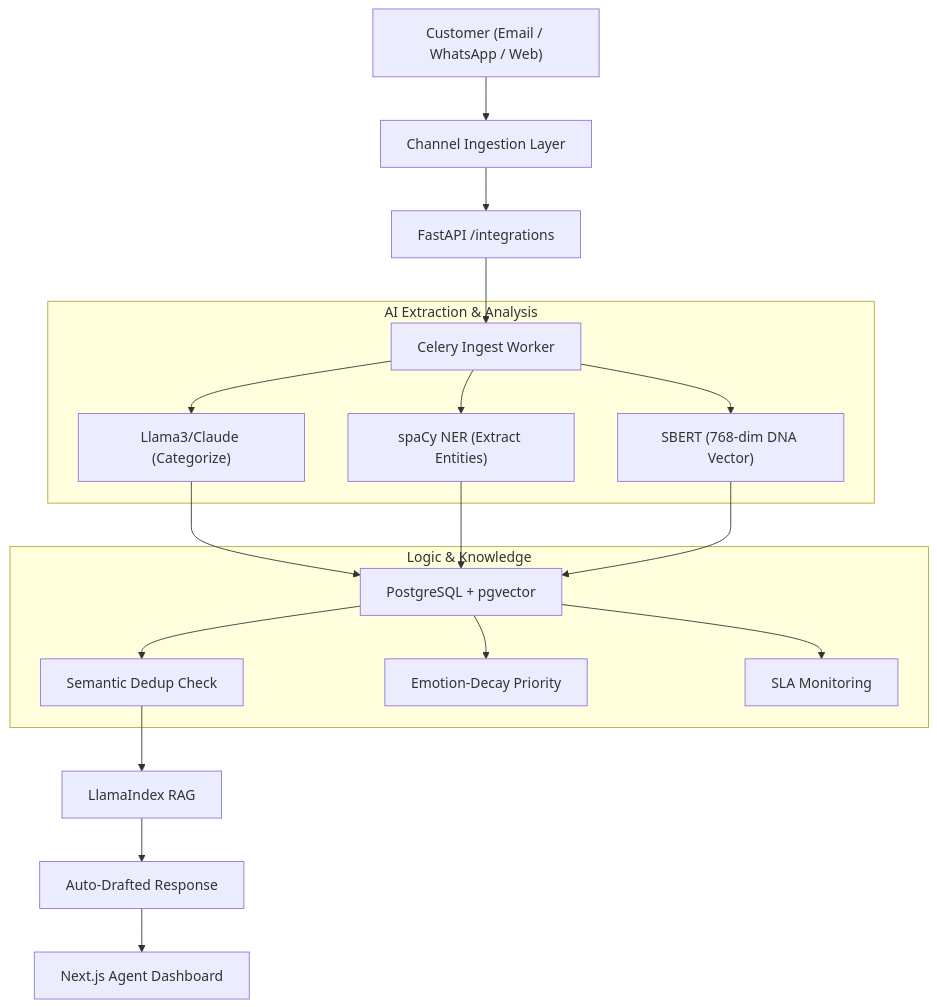
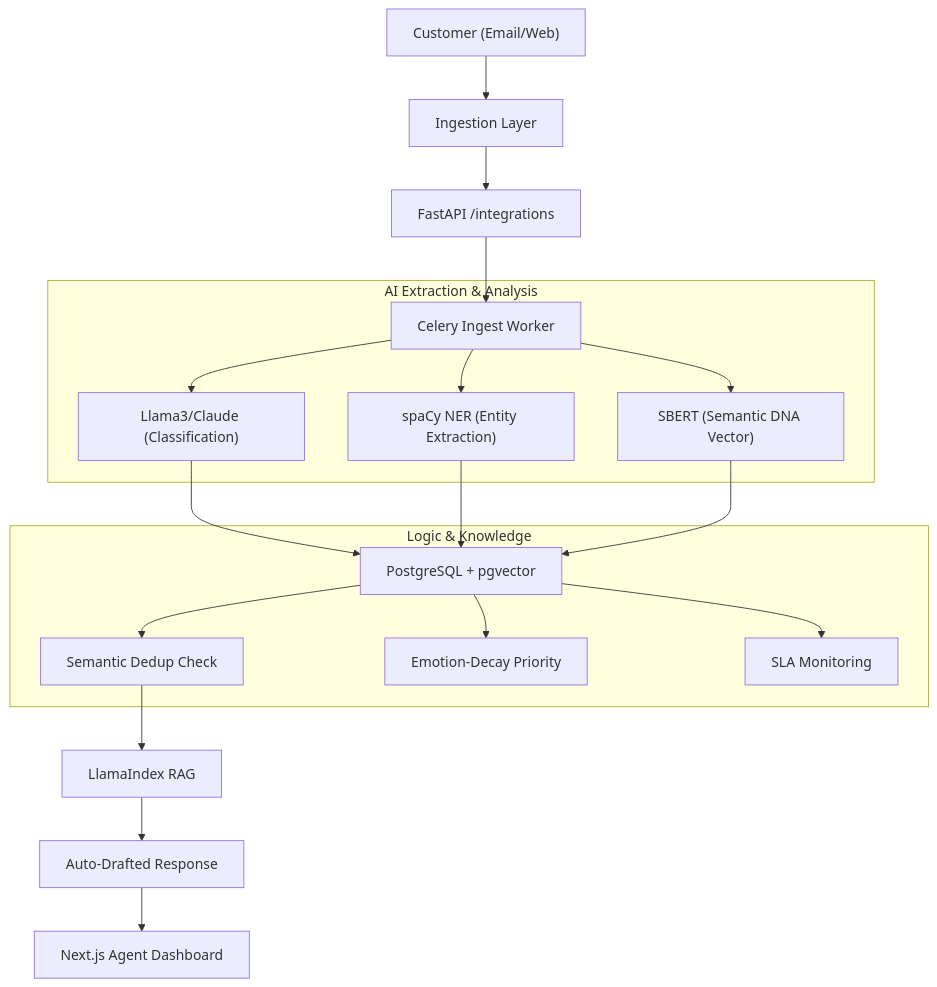
Before and after one commit to kshitijsingh1-tech/CREST: the diagram in README.md, drawn with Mermaid. The commit also changed other lines of this file, not shown here.

````diff
--- a/README.md
+++ b/README.md
@@ -27,26 +15,26 @@
 ```mermaid
 graph TD
-    A["Customer (Email / WhatsApp / Web)"] --> B["Channel Ingestion Layer"]
+    A["Customer (Email/Web)"] --> B["Ingestion Layer"]
     B --> C["FastAPI /integrations"]
     C --> D["Celery Ingest Worker"]
     
     subgraph "AI Extraction & Analysis"
-        D --> E["Llama3/Claude (Categorize)"]
-        D --> F["spaCy NER (Extract Entities)"]
-        D --> G["SBERT (768-dim DNA Vector)"]
+        D --> E["Llama3/Claude (Classification)"]
+        D --> F["spaCy NER (Entity Extraction)"]
+        D --> G["SBERT (Semantic DNA Vector)"]
     end
     
     E --> H["PostgreSQL + pgvector"]
     F --> H
     G --> H
     
     subgraph "Logic & Knowledge"
         H --> I["Semantic Dedup Check"]
         H --> J["Emotion-Decay Priority"]
         H --> K["SLA Monitoring"]
     end
     
     I --> L["LlamaIndex RAG"]
     L --> M["Auto-Drafted Response"]
     M --> N["Next.js Agent Dashboard"]
 ```
````
